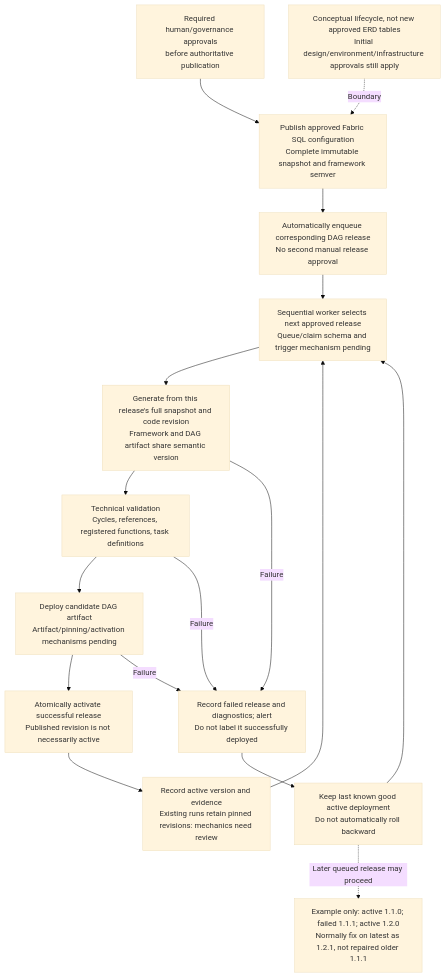
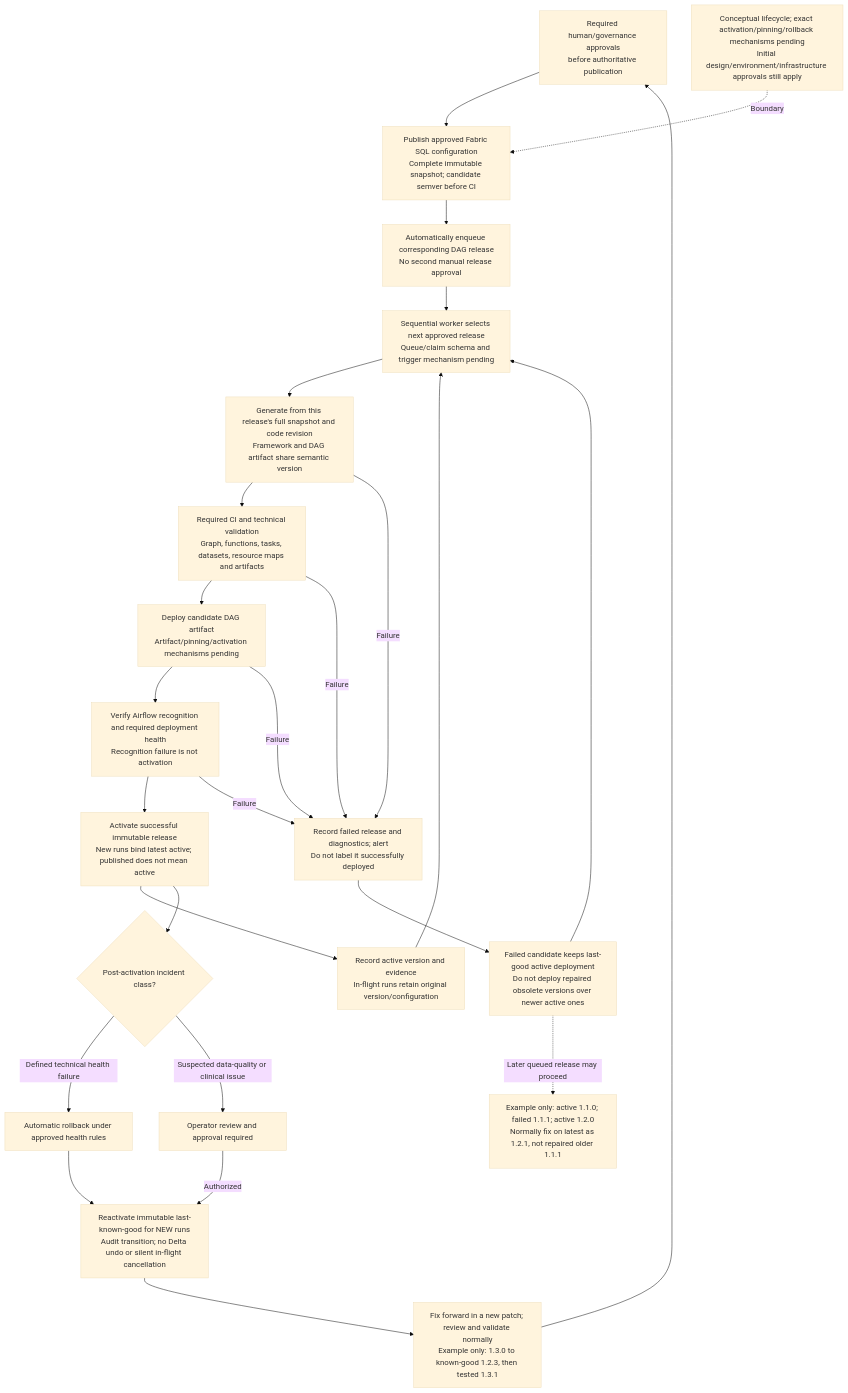
One commit to RyanMicrosoftContosoUniversity/healthcare-data-ingestion changed the diagram in data-models/framework/07-release-lifecycle.mmd. Above: the diagram before and after it, drawn with Mermaid (base theme). The commit also changed 16 other files, not shown here.

```diff
--- a/data-models/framework/07-release-lifecycle.mmd
+++ b/data-models/framework/07-release-lifecycle.mmd
@@ -1,20 +1,29 @@
 flowchart TD
     REVIEW["Required human/governance approvals<br/>before authoritative publication"]
-    REVIEW --> PUB["Publish approved Fabric SQL configuration<br/>Complete immutable snapshot and framework semver"]
+    REVIEW --> PUB["Publish approved Fabric SQL configuration<br/>Complete immutable snapshot; candidate semver before CI"]
     PUB --> QUEUE["Automatically enqueue corresponding DAG release<br/>No second manual release approval"]
     QUEUE --> NEXT["Sequential worker selects next approved release<br/>Queue/claim schema and trigger mechanism pending"]
     NEXT --> GEN["Generate from this release's full snapshot and code revision<br/>Framework and DAG artifact share semantic version"]
-    GEN --> CHECK["Technical validation<br/>Cycles, references, registered functions, task definitions"]
+    GEN --> CHECK["Required CI and technical validation<br/>Graph, functions, tasks, datasets, resource maps and artifacts"]
     CHECK --> DEPLOY["Deploy candidate DAG artifact<br/>Artifact/pinning/activation mechanisms pending"]
-    DEPLOY --> ACTIVE["Atomically activate successful release<br/>Published revision is not necessarily active"]
-    ACTIVE --> SUCCESS["Record active version and evidence<br/>Existing runs retain pinned revisions: mechanics need review"]
+    DEPLOY --> RECOGNIZE["Verify Airflow recognition and required deployment health<br/>Recognition failure is not activation"]
+    RECOGNIZE --> ACTIVE["Activate successful immutable release<br/>New runs bind latest active; published does not mean active"]
+    ACTIVE --> SUCCESS["Record active version and evidence<br/>In-flight runs retain original version/configuration"]
     GEN -- Failure --> FAIL["Record failed release and diagnostics; alert<br/>Do not label it successfully deployed"]
     CHECK -- Failure --> FAIL
     DEPLOY -- Failure --> FAIL
-    FAIL --> KEEP["Keep last known good active deployment<br/>Do not automatically roll backward"]
+    RECOGNIZE -- Failure --> FAIL
+    FAIL --> KEEP["Failed candidate keeps last-good active deployment<br/>Do not deploy repaired obsolete versions over newer active ones"]
     KEEP --> NEXT
     SUCCESS --> NEXT
     EXAMPLE["Example only: active 1.1.0; failed 1.1.1; active 1.2.0<br/>Normally fix on latest as 1.2.1, not repaired older 1.1.1"]
     KEEP -. Later queued release may proceed .-> EXAMPLE
-    NOTE["Conceptual lifecycle, not new approved ERD tables<br/>Initial design/environment/infrastructure approvals still apply"]
+    ACTIVE --> HEALTH{"Post-activation incident class?"}
+    HEALTH -- Defined technical health failure --> AUTO["Automatic rollback under approved health rules"]
+    HEALTH -- Suspected data-quality or clinical issue --> OPERATOR["Operator review and approval required"]
+    AUTO --> ROLLBACK["Reactivate immutable last-known-good for NEW runs<br/>Audit transition; no Delta undo or silent in-flight cancellation"]
+    OPERATOR -- Authorized --> ROLLBACK
+    ROLLBACK --> PATCH["Fix forward in a new patch; review and validate normally<br/>Example only: 1.3.0 to known-good 1.2.3, then tested 1.3.1"]
+    PATCH --> REVIEW
+    NOTE["Conceptual lifecycle; exact activation/pinning/rollback mechanisms pending<br/>Initial design/environment/infrastructure approvals still apply"]
     NOTE -. Boundary .-> PUB
```
